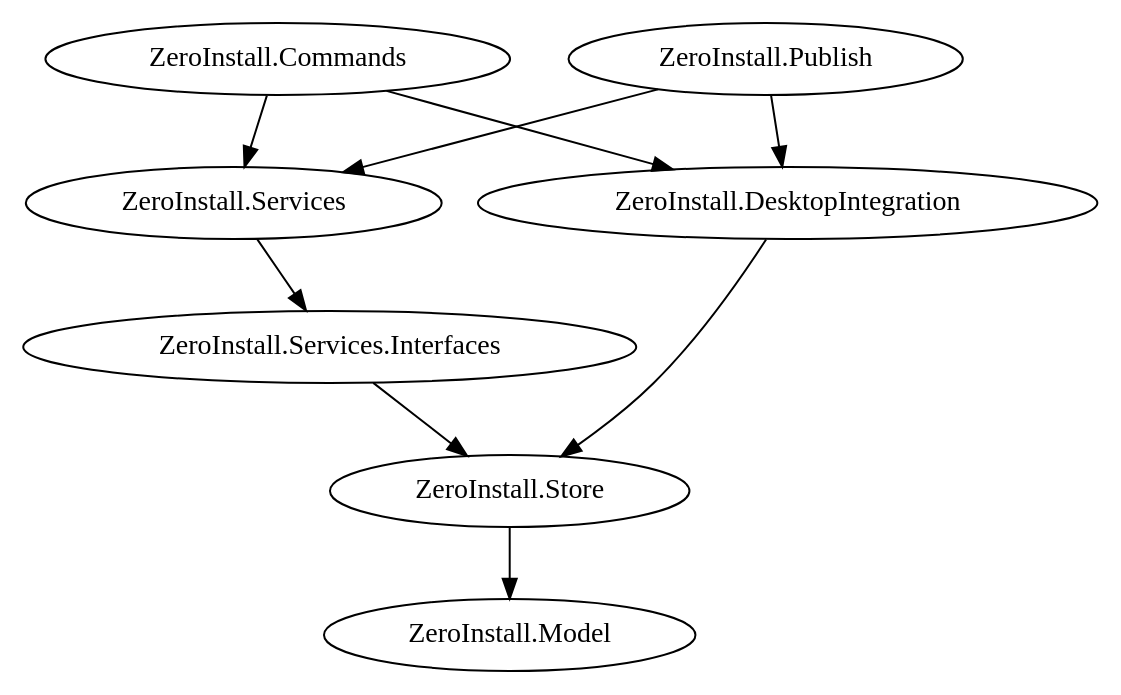
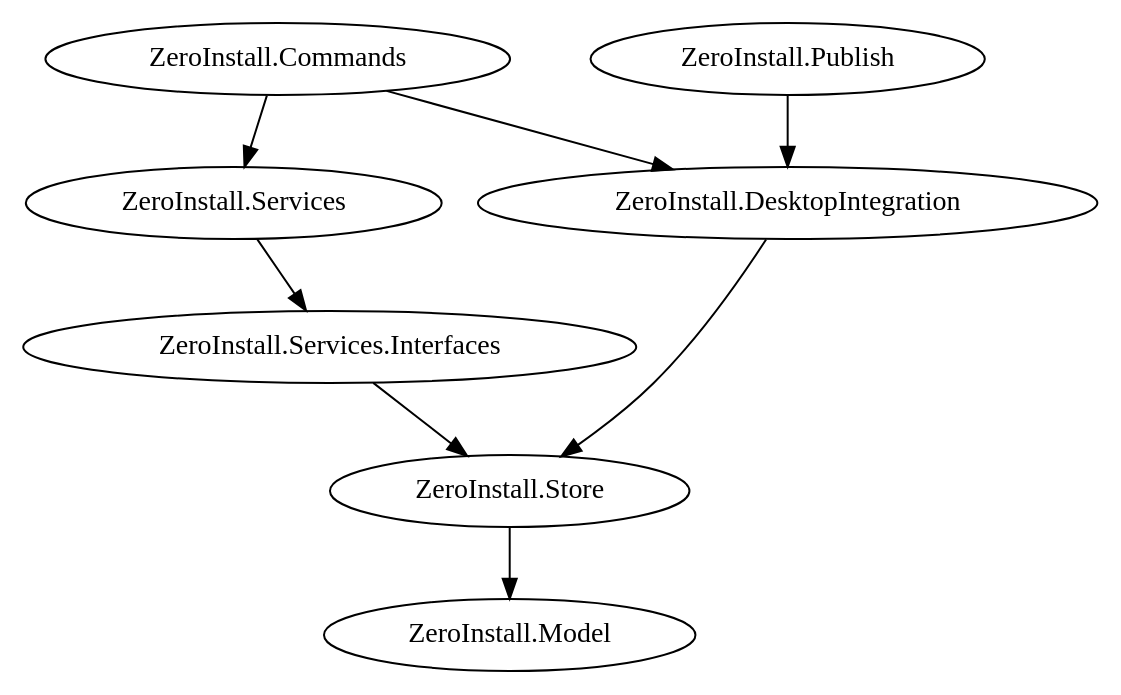
Before and after one commit to 0install/0install-dotnet: the diagram in doc/img/nuget-dependencies.dot, drawn with Graphviz. The commit also changed 2 other files, not shown here.

Commit message:
Removed ZeroInstall.Publish's dependency on ZeroInstall.Services

```diff
--- a/doc/img/nuget-dependencies.dot
+++ b/doc/img/nuget-dependencies.dot
@@ -1,15 +1,15 @@
 digraph {
     commands [label="ZeroInstall.Commands"];
     publish [label="ZeroInstall.Publish"];
     services [label="ZeroInstall.Services"];
     services_interfaces [label="ZeroInstall.Services.Interfaces"];
     desktop_integration [label="ZeroInstall.DesktopIntegration"];
     store [label="ZeroInstall.Store"];
     model [label="ZeroInstall.Model"];
 
     commands -> {services desktop_integration};
-    publish -> {services desktop_integration};
+    publish -> desktop_integration;
     services -> services_interfaces -> store;
     desktop_integration -> store;
     store -> model;
 }
```
